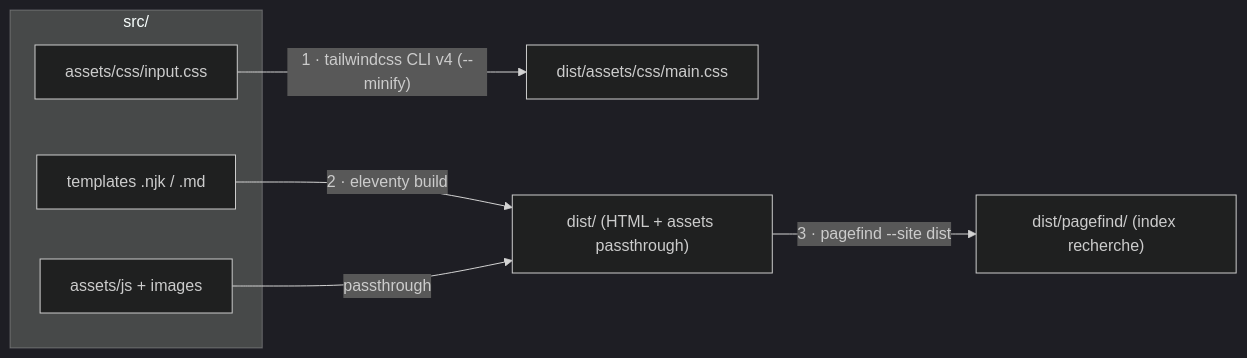
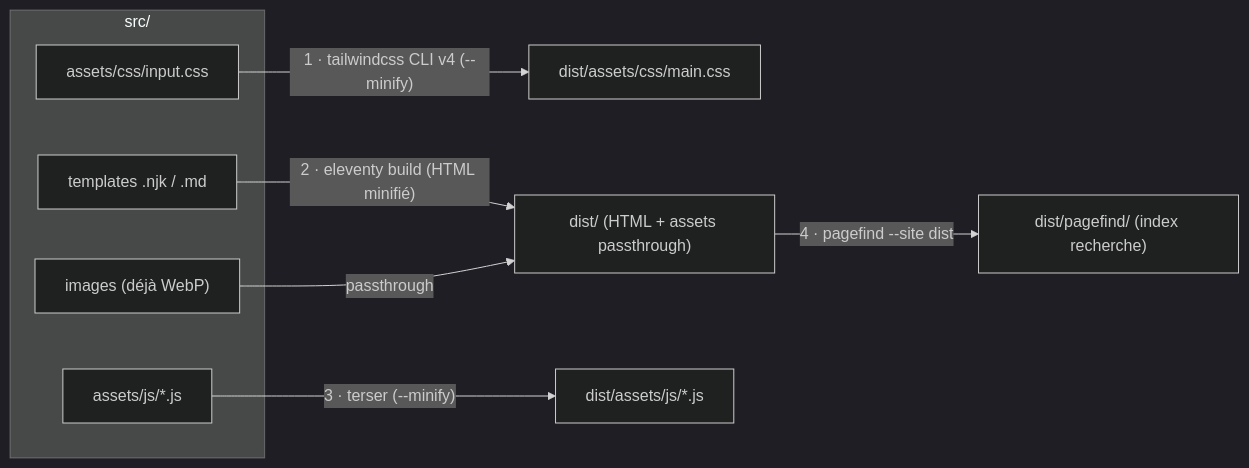
Before and after one commit to DamienLionet/Meribis: the first of 2 diagrams in docs/architecture.md, drawn with Mermaid (dark theme). The commit also changed other lines of this file and 268 other files, not shown here.

First line of the commit message:
Optimise les assets : images WebP, minification JS/HTML, lazy-loading

````diff
--- a/docs/architecture.md
+++ b/docs/architecture.md
@@ -98,12 +98,14 @@
 ```mermaid
 flowchart LR
   subgraph sources [src/]
     T["templates .njk / .md"]
     C["assets/css/input.css"]
-    A["assets/js + images"]
+    J["assets/js/*.js"]
+    A["images (déjà WebP)"]
   end
   C -->|"1 · tailwindcss CLI v4 (--minify)"| CSS["dist/assets/css/main.css"]
-  T -->|"2 · eleventy build"| HTML["dist/ (HTML + assets passthrough)"]
+  T -->|"2 · eleventy build (HTML minifié)"| HTML["dist/ (HTML + assets passthrough)"]
   A -->|passthrough| HTML
-  HTML -->|"3 · pagefind --site dist"| IDX["dist/pagefind/ (index recherche)"]
+  J -->|"3 · terser (--minify)"| JS["dist/assets/js/*.js"]
+  HTML -->|"4 · pagefind --site dist"| IDX["dist/pagefind/ (index recherche)"]
 ```
````
